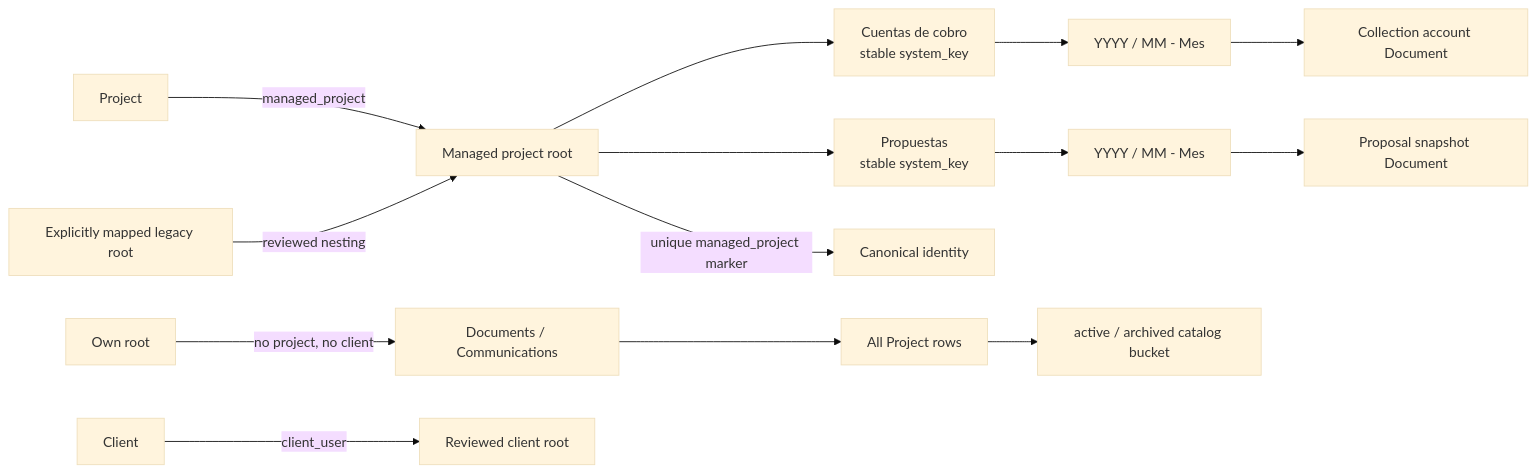
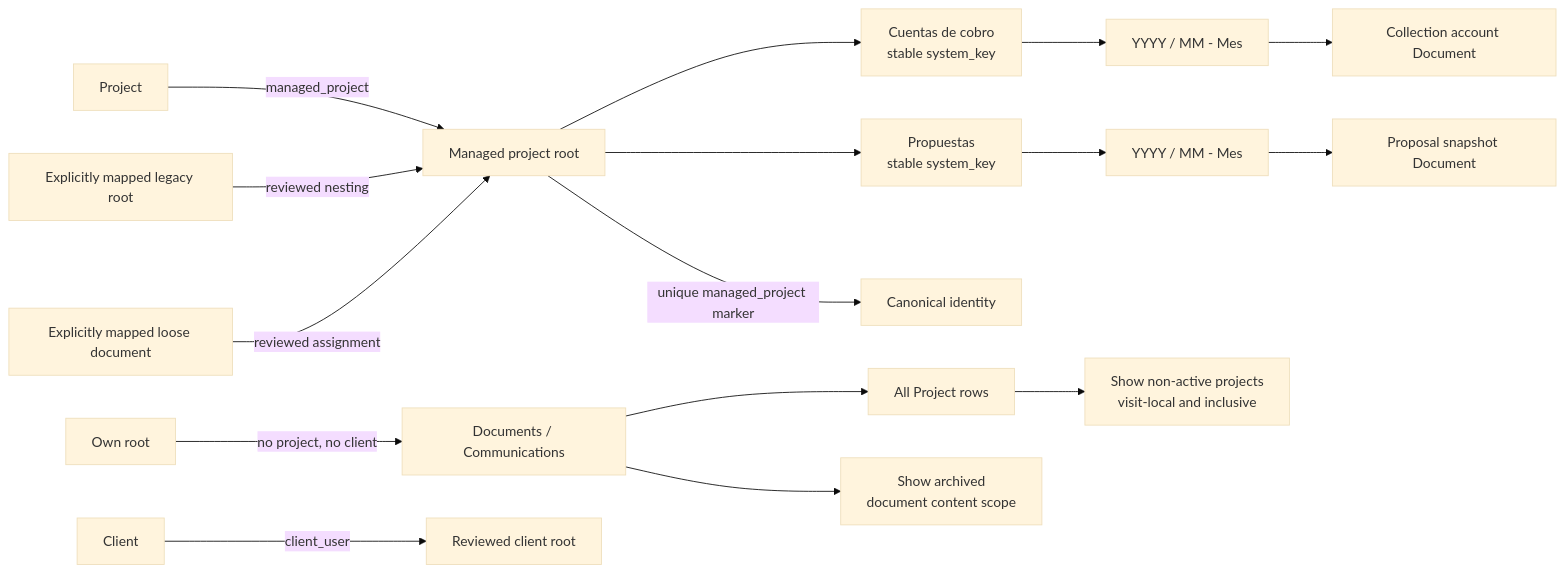
Before and after one commit to gustavop-dev/projectapp: the sixth of 22 diagrams in docs/methodology/architecture.md, drawn with Mermaid (base theme). The commit also changed other lines of this file and 20 other files, not shown here.

````diff
--- a/docs/methodology/architecture.md
+++ b/docs/methodology/architecture.md
@@ -270,17 +270,19 @@
 ```mermaid
 flowchart LR
     Project[Project] -->|managed_project| Root[Managed project root]
     Root --> Accounts[Cuentas de cobro\nstable system_key]
     Root --> Proposals[Propuestas\nstable system_key]
     Accounts --> AccountDate[YYYY / MM - Mes]
     Proposals --> ProposalDate[YYYY / MM - Mes]
     AccountDate --> AccountDoc[Collection account Document]
     ProposalDate --> ProposalDoc[Proposal snapshot Document]
 
     Sidebar[Documents / Communications] --> Catalog[All Project rows]
-    Catalog --> Lifecycle[active / archived catalog bucket]
+    Catalog --> LifecycleToggle[Show non-active projects\nvisit-local and inclusive]
+    Sidebar --> ArchiveToggle[Show archived\ndocument content scope]
     Root -->|unique managed_project marker| RootIdentity[Canonical identity]
     LegacyBranch[Explicitly mapped legacy root] -->|reviewed nesting| Root
+    LooseDocument[Explicitly mapped loose document] -->|reviewed assignment| Root
     Client[Client] -->|client_user| ClientRoot[Reviewed client root]
     Own[Own root] -->|no project, no client| Sidebar
 ```
````
